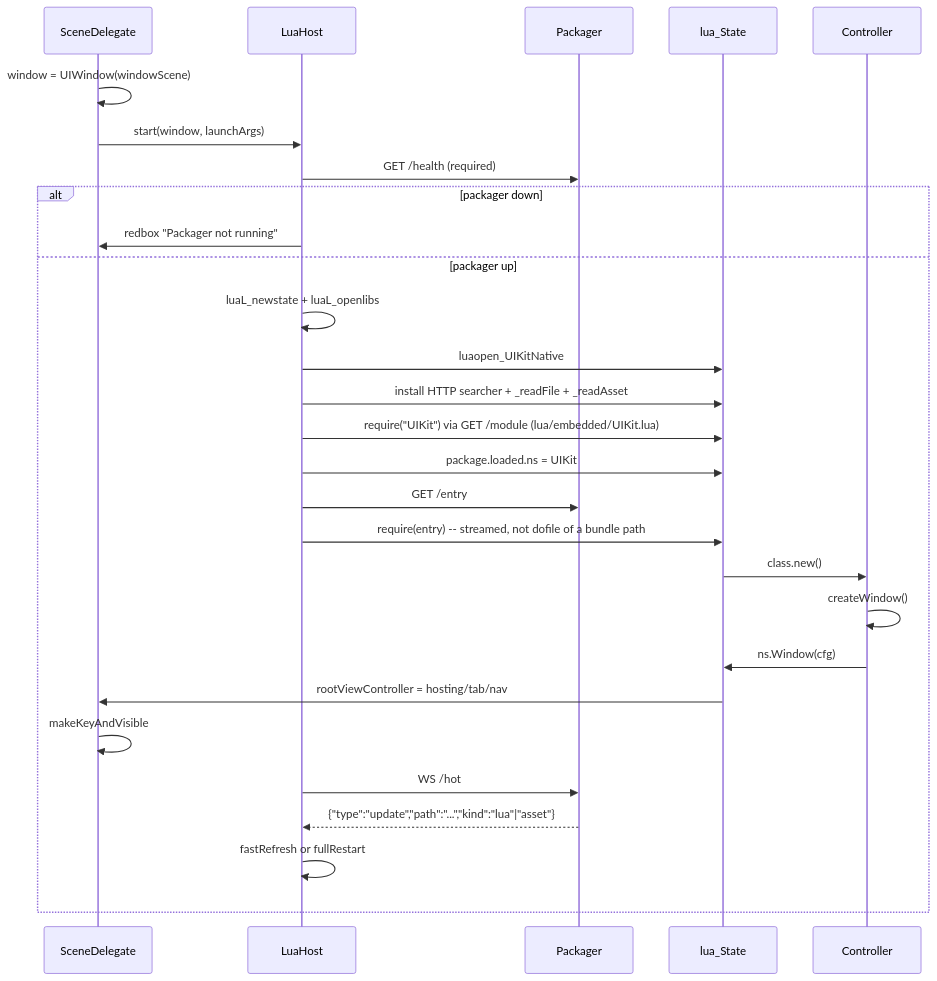
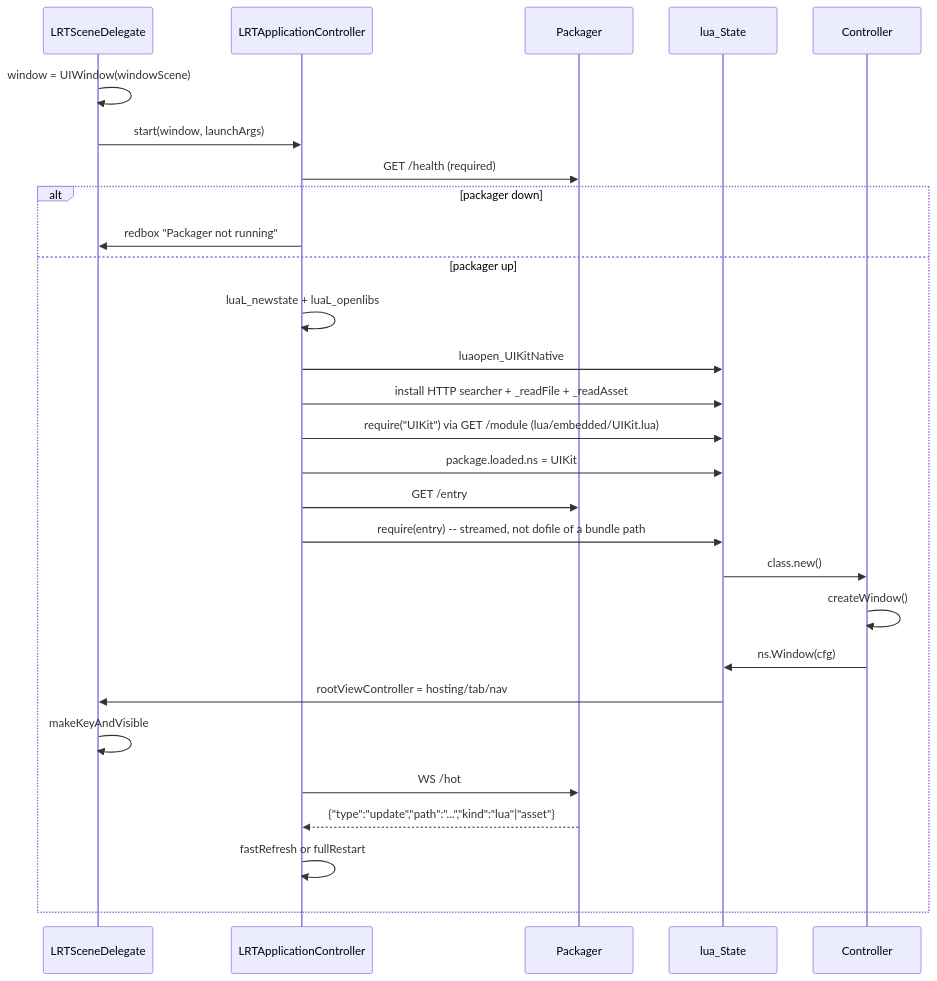
Before and after one commit to corepunch/lua-objc: the second of 3 diagrams in docs/ios.md, drawn with Mermaid. The commit also changed other lines of this file and 23 other files, not shown here.

Commit message:
Rename iOS host to LuaRuntime with LRT class names

````diff
--- a/docs/ios.md
+++ b/docs/ios.md
@@ -208,31 +208,31 @@
 ```mermaid
 sequenceDiagram
-  participant SD as SceneDelegate
-  participant H as LuaHost
+  participant SD as LRTSceneDelegate
+  participant H as LRTApplicationController
   participant P as Packager
   participant L as lua_State
   participant C as Controller
 
   SD->>SD: window = UIWindow(windowScene)
   SD->>H: start(window, launchArgs)
   H->>P: GET /health (required)
   alt packager down
     H->>SD: redbox "Packager not running"
   else packager up
     H->>H: luaL_newstate + luaL_openlibs
     H->>L: luaopen_UIKitNative
     H->>L: install HTTP searcher + _readFile + _readAsset
     H->>L: require("UIKit") via GET /module (lua/embedded/UIKit.lua)
     H->>L: package.loaded.ns = UIKit
     H->>P: GET /entry
     H->>L: require(entry) -- streamed, not dofile of a bundle path
     L->>C: class.new()
     C->>C: createWindow()
     C->>L: ns.Window(cfg)
     L->>SD: rootViewController = hosting/tab/nav
     SD->>SD: makeKeyAndVisible
     H->>P: WS /hot
     P-->>H: {"type":"update","path":"...","kind":"lua"|"asset"}
     H->>H: fastRefresh or fullRestart
   end
 ```
````
